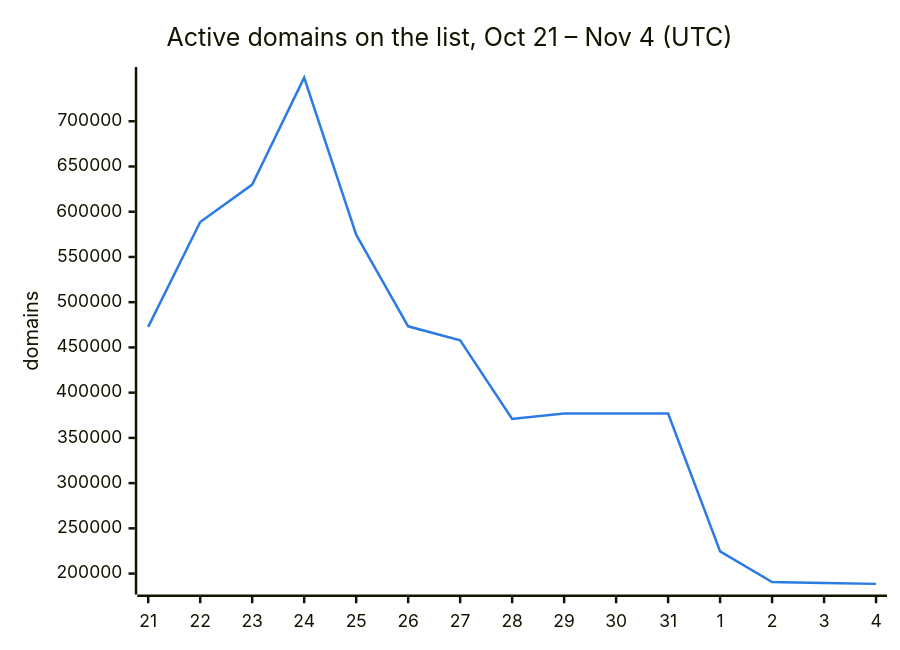
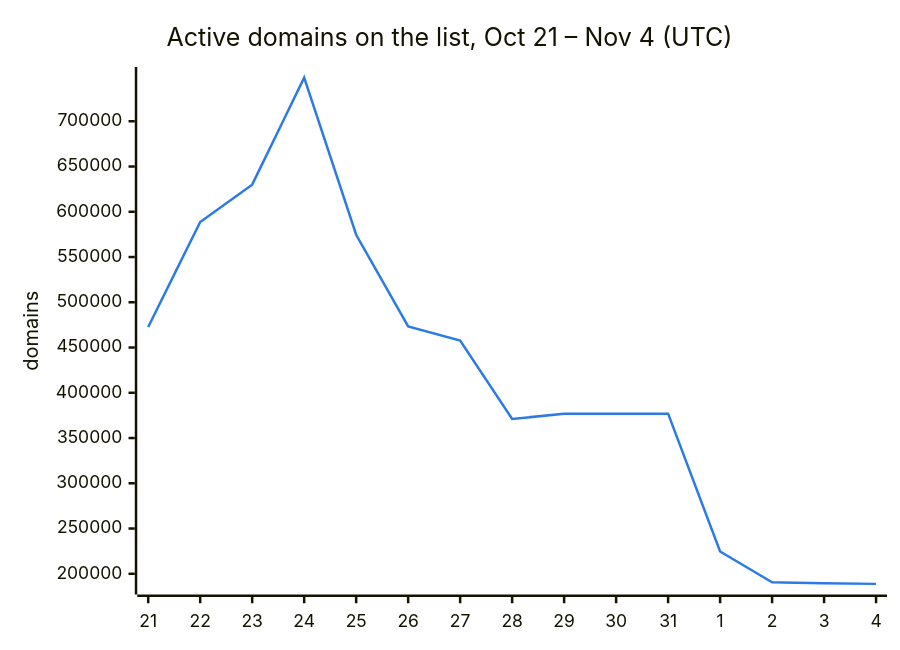
Before and after one commit to DNSBunker/CTI: the second of 3 diagrams in README.md, drawn with Mermaid. The commit also changed other lines of this file and 3 other files, not shown here.

````diff
--- a/README.md
+++ b/README.md
@@ -38,8 +38,8 @@
 ```mermaid
 %%{init: {"themeVariables": {"xyChart": {"plotColorPalette": "#2c7be5"}}}}%%
 xychart-beta
     title "Active domains on the list, Oct 21 – Nov 4 (UTC)"
     x-axis ["21", "22", "23", "24", "25", "26", "27", "28", "29", "30", "31", "1", "2", "3", "4"]
     y-axis "domains"
-    line [472713, 588659, 629951, 748222, 574614, 473331, 457795, 371010, 376945, 376945, 376945, 224607, 190603, 189609, 188623]
+    line [472713, 588659, 629951, 748222, 574614, 473331, 457795, 371010, 376945, 376945, 376945, 224607, 190603, 189609, 188839]
 ```
````
